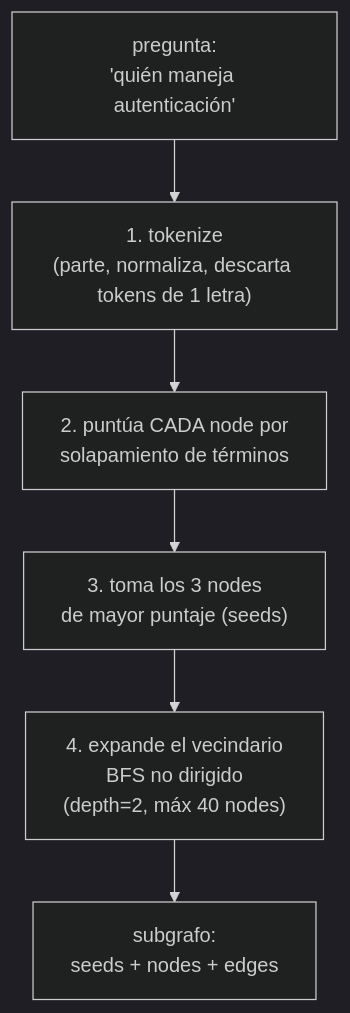
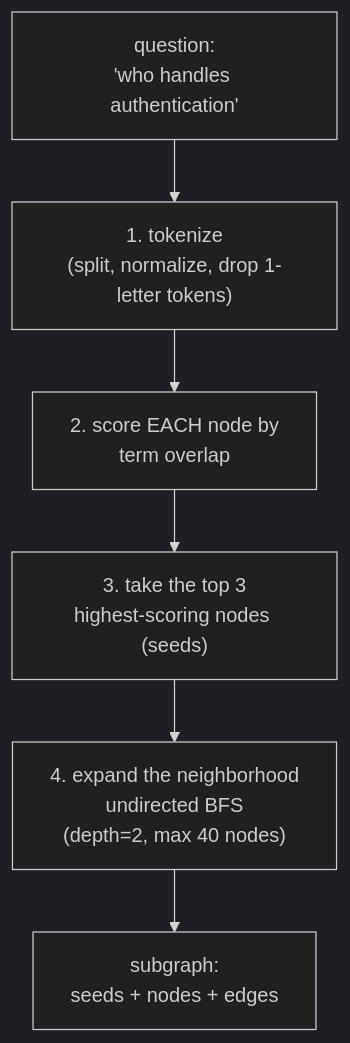
One commit to Kolimar/leina changed the first of 5 diagrams in docs/concepts/03-busqueda-y-consultas.md. Above: the diagram before and after it, drawn with Mermaid (dark theme). The commit also changed other lines of this file and 27 other files, not shown here.

````diff
--- a/docs/concepts/03-busqueda-y-consultas.md
+++ b/docs/concepts/03-busqueda-y-consultas.md
@@ -17,8 +18,8 @@
 ```mermaid
 flowchart TD
-    q["pregunta:<br/>'quién maneja autenticación'"] --> tok["1. tokenize<br/>(parte, normaliza, descarta tokens de 1 letra)"]
-    tok --> score["2. puntúa CADA node por<br/>solapamiento de términos"]
-    score --> seeds["3. toma los 3 nodes<br/>de mayor puntaje (seeds)"]
-    seeds --> expand["4. expande el vecindario<br/>BFS no dirigido<br/>(depth=2, máx 40 nodes)"]
-    expand --> sub["subgrafo:<br/>seeds + nodes + edges"]
+    q["question:<br/>'who handles authentication'"] --> tok["1. tokenize<br/>(split, normalize, drop 1-letter tokens)"]
+    tok --> score["2. score EACH node by<br/>term overlap"]
+    score --> seeds["3. take the top 3<br/>highest-scoring nodes (seeds)"]
+    seeds --> expand["4. expand the neighborhood<br/>undirected BFS<br/>(depth=2, max 40 nodes)"]
+    expand --> sub["subgraph:<br/>seeds + nodes + edges"]
 ```
````
